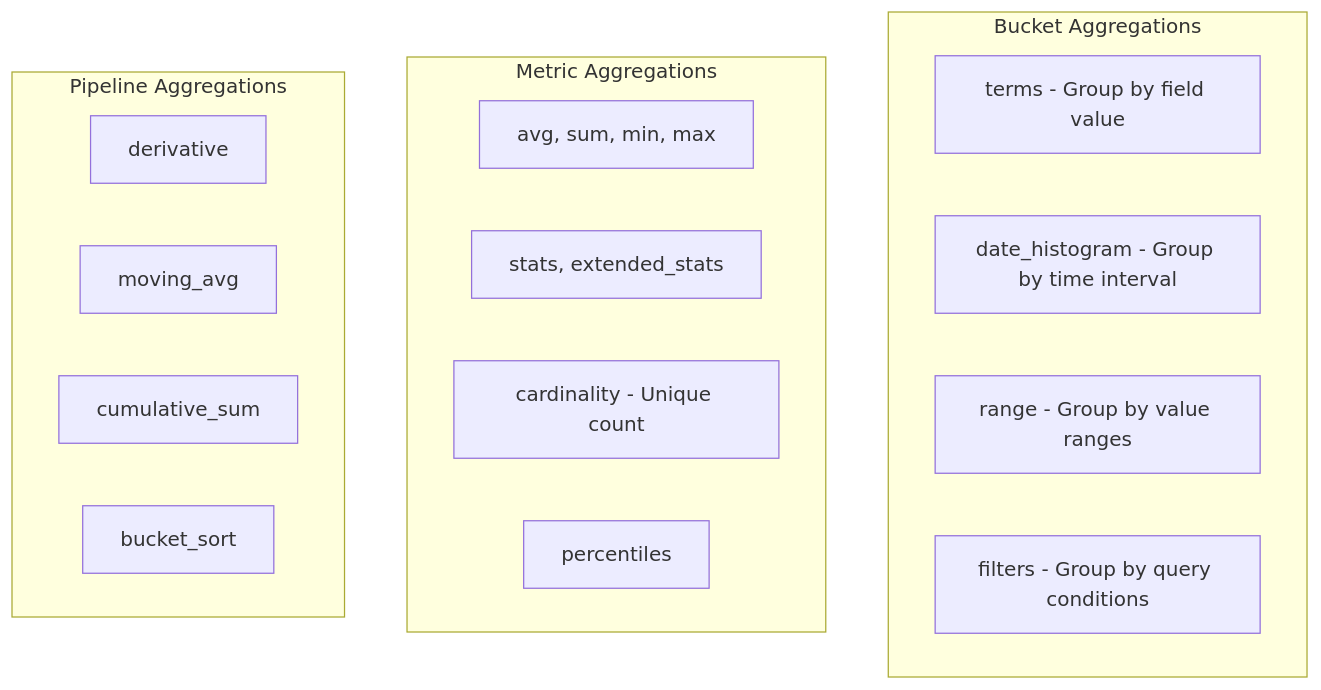
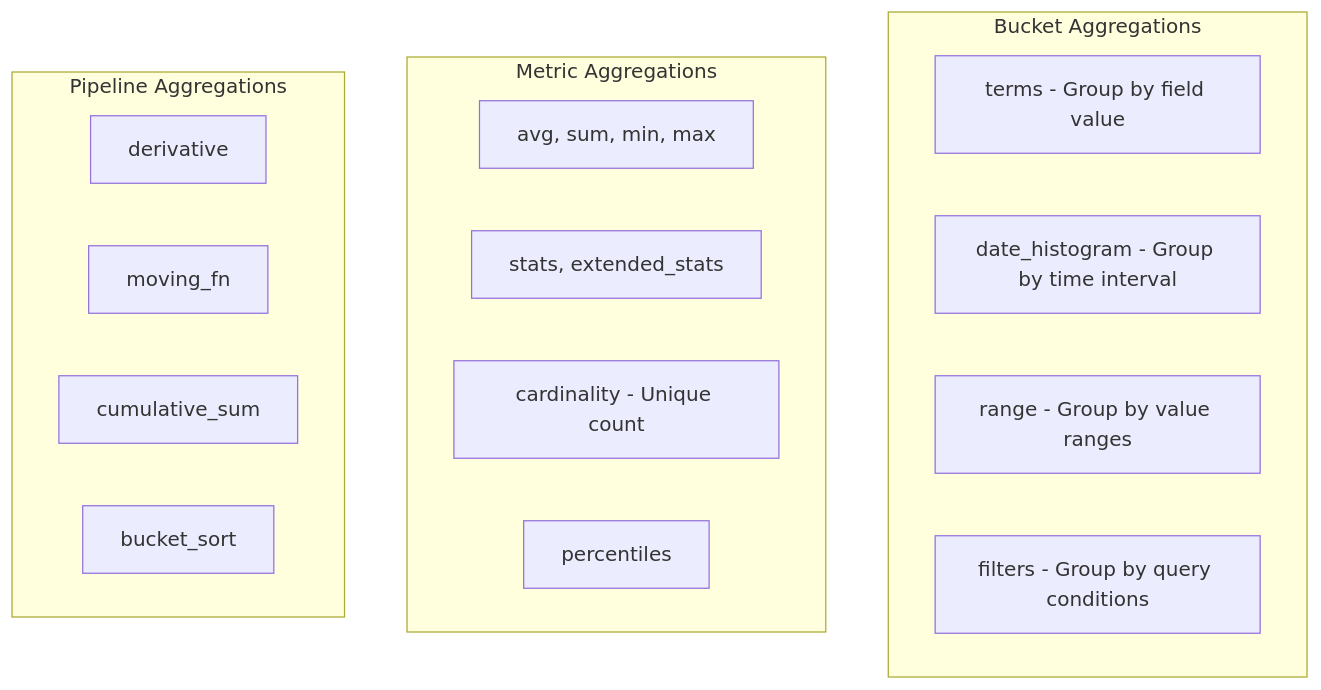
Before and after one commit to OneUptime/blog: the diagram in posts/2026-01-25-elasticsearch-aggregations/README.md, drawn with Mermaid. The commit also changed other lines of this file and 2 other files, not shown here.

````diff
--- a/posts/2026-01-25-elasticsearch-aggregations/README.md
+++ b/posts/2026-01-25-elasticsearch-aggregations/README.md
@@ -70,23 +72,23 @@
 ```mermaid
 graph TB
     subgraph "Bucket Aggregations"
         B1[terms - Group by field value]
         B2[date_histogram - Group by time interval]
         B3[range - Group by value ranges]
         B4[filters - Group by query conditions]
     end
 
     subgraph "Metric Aggregations"
         M1[avg, sum, min, max]
         M2[stats, extended_stats]
         M3[cardinality - Unique count]
         M4[percentiles]
     end
 
     subgraph "Pipeline Aggregations"
         P1[derivative]
-        P2[moving_avg]
+        P2[moving_fn]
         P3[cumulative_sum]
         P4[bucket_sort]
     end
 ```
````
